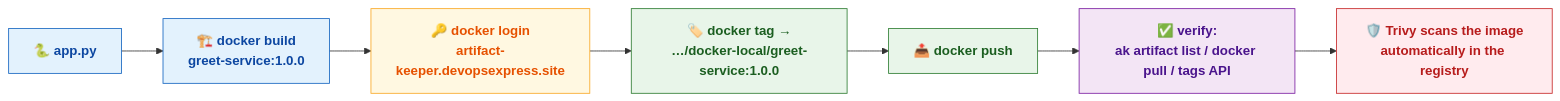
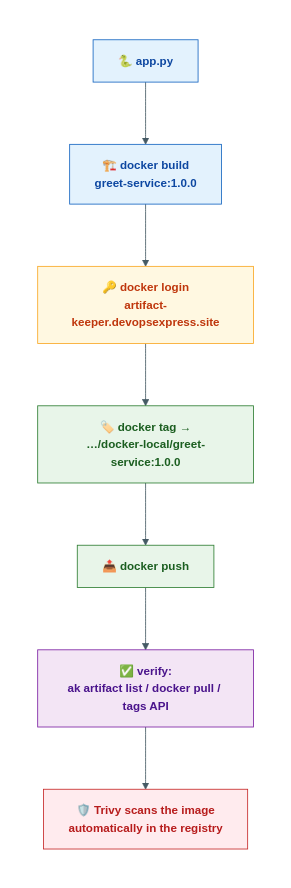
Before and after one commit to Orpere/artifactory-keeper-demo: the diagram in docs/05-scenario-docker.md, drawn with Mermaid. The commit also changed 3 other files, not shown here.

First line of the commit message:
Guarantee diagram visibility on any canvas (light/dark mode)

````diff
--- a/docs/05-scenario-docker.md
+++ b/docs/05-scenario-docker.md
@@ -20,21 +20,28 @@
 ```mermaid
+%%{init: {'theme':'base', 'themeVariables': {'background':'#FFFFFF', 'lineColor':'#455A64', 'textColor':'#263238', 'edgeLabelBackground':'#FFFFFF', 'fontSize':'14px'}}}%%
 flowchart LR
     classDef build  fill:#E3F2FD,stroke:#1565C0,color:#0D47A1,font-weight:bold
-    classDef auth   fill:#FFF8E1,stroke:#F9A825,color:#E65100,font-weight:bold
+    classDef auth   fill:#FFF8E1,stroke:#F9A825,color:#BF360C,font-weight:bold
     classDef push   fill:#E8F5E9,stroke:#2E7D32,color:#1B5E20,font-weight:bold
     classDef verify fill:#F3E5F5,stroke:#7B1FA2,color:#4A148C,font-weight:bold
     classDef scan   fill:#FFEBEE,stroke:#C62828,color:#B71C1C,font-weight:bold
 
-    A["🐍 app.py"] --> B["🏗️ docker build<br/>greet-service:1.0.0"]
+    subgraph W[" "]
+        A["🐍 app.py"] --> B["🏗️ docker build<br/>greet-service:1.0.0"]
     B --> C["🔑 docker login<br/>artifact-keeper.devopsexpress.site"]
     C --> D["🏷️ docker tag →<br/>…/docker-local/greet-service:1.0.0"]
     D --> E["📤 docker push"]
     E --> F["✅ verify:<br/>ak artifact list / docker pull / tags API"]
     F --> G["🛡️ Trivy scans the image<br/>automatically in the registry"]
+    end
+
+    style W fill:#FFFFFF,stroke:none
 
     class A,B build
     class C auth
     class D,E push
     class F verify
     class G scan
+
+    linkStyle default stroke:#455A64,color:#455A64
 ```
````
